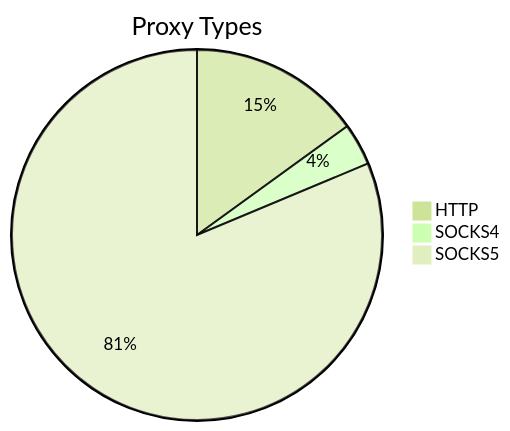
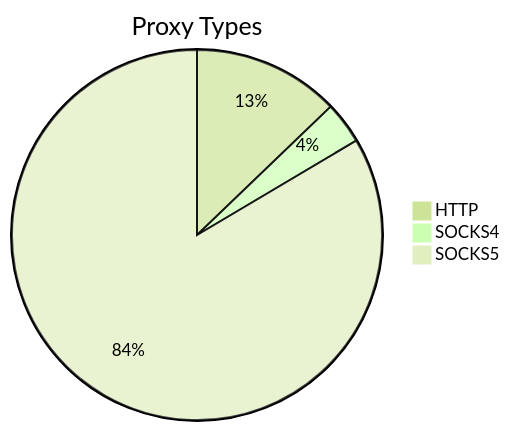
The first of 2 diagrams in README.md (stormsia/proxy-list), drawn with Mermaid (forest theme) before and after one commit. The commit also changed other lines of this file, not shown here.

````diff
--- a/README.md
+++ b/README.md
@@ -21,6 +21,6 @@
 ```mermaid
 pie title Proxy Types
-    "HTTP" : 454
-    "SOCKS4" : 111
-    "SOCKS5" : 2457
+    "HTTP" : 231
+    "SOCKS4" : 66
+    "SOCKS5" : 1505
 ```
````
